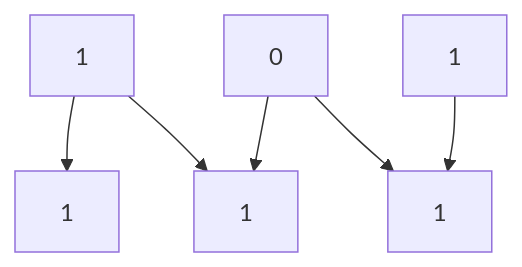
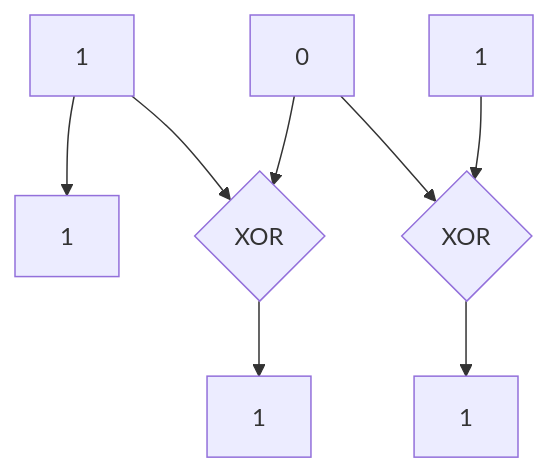
Before and after one commit to zz-f-g/notes: the third of 4 diagrams in CSNotes/DC.md, drawn with Mermaid. The commit also changed other lines of this file and 2 other files, not shown here.

````diff
--- a/CSNotes/DC.md
+++ b/CSNotes/DC.md
@@ -247,8 +245,6 @@
 ```mermaid
-graph TD
+flowchart TD
 a1[1] --> b1[1]
-a1[1] --> b2[1]
-a2[0] --> b2[1]
-a2[0] --> b3[1]
-a3[1] --> b3[1]
+a1[1] & a2[0] --> x1{XOR} --> b2[1]
+a2[0] & a3[1] --> x2{XOR} --> b3[1]
 ```
````
